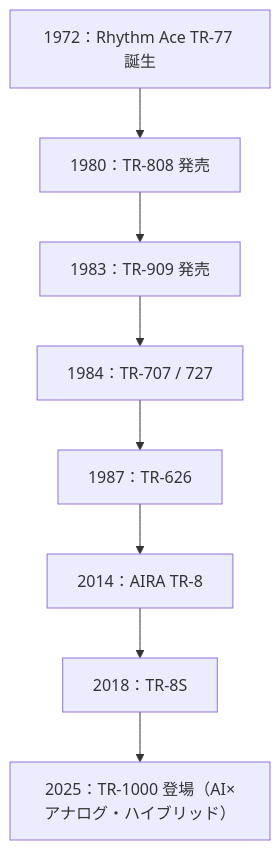
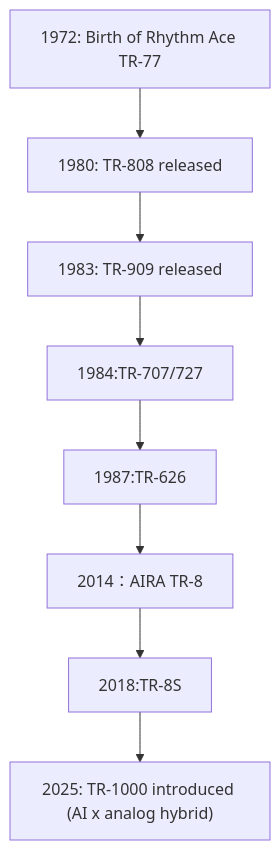
Before and after one commit to monumental-movement/monumental-movement.github.io: the diagram in en/_posts/2025-10-10-Colum-Roland-TR-1000.md, drawn with Mermaid. The commit also changed other lines of this file and 1719 other files, not shown here.

```diff
--- a/en/_posts/2025-10-10-Colum-Roland-TR-1000.md
+++ b/en/_posts/2025-10-10-Colum-Roland-TR-1000.md
@@ -145,15 +148,15 @@
 <div class="mermaid">
 
 flowchart TD
-    A1972["1972：Rhythm Ace TR-77 誕生"]
-    A1980["1980：TR-808 発売"]
-    A1983["1983：TR-909 発売"]
-    A1984["1984：TR-707 / 727"]
-    A1987["1987：TR-626"]
-    A2014["2014：AIRA TR-8"]
-    A2018["2018：TR-8S"]
-    A2025["2025：TR-1000 登場（AI×アナログ・ハイブリッド）"]
+A1972["1972: Birth of Rhythm Ace TR-77"]
+A1980["1980: TR-808 released"]
+A1983["1983: TR-909 released"]
+A1984["1984:TR-707/727"]
+A1987["1987:TR-626"]
+A2014["2014：AIRA TR-8"]
+A2018["2018:TR-8S"]
+A2025["2025: TR-1000 introduced (AI x analog hybrid)"]
 
-    A1972 --> A1980 --> A1983 --> A1984 --> A1987 --> A2014 --> A2018 --> A2025
+A1972 --> A1980 --> A1983 --> A1984 --> A1987 --> A2014 --> A2018 --> A2025
 
 </div>
```
